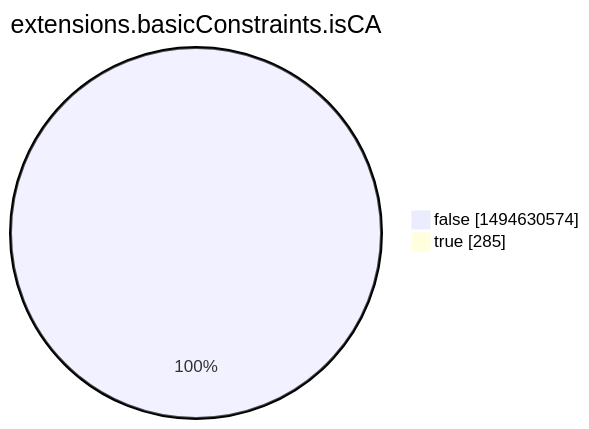
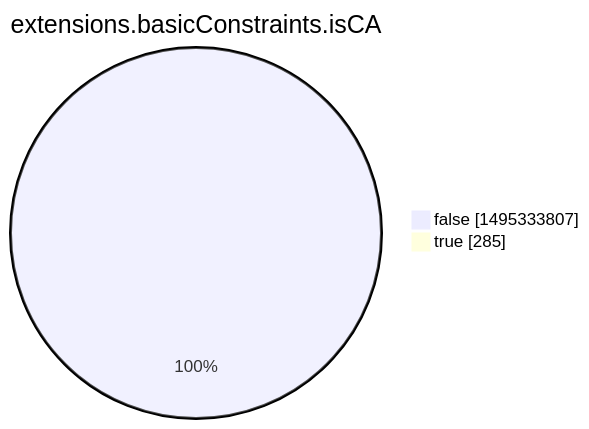
One commit to christiankrug/ctmonitor_visualization changed the eighth of 15 diagrams in xenon2022/README.md. Above: the diagram before and after it, drawn with Mermaid. The commit also changed other lines of this file, not shown here.

````diff
--- a/xenon2022/README.md
+++ b/xenon2022/README.md
@@ -2852,6 +2852,6 @@
 ```mermaid
 pie showData
 title extensions.basicConstraints.isCA
-"false" :1494630574
+"false" :1495333807
 "true" :285
 ```
````
